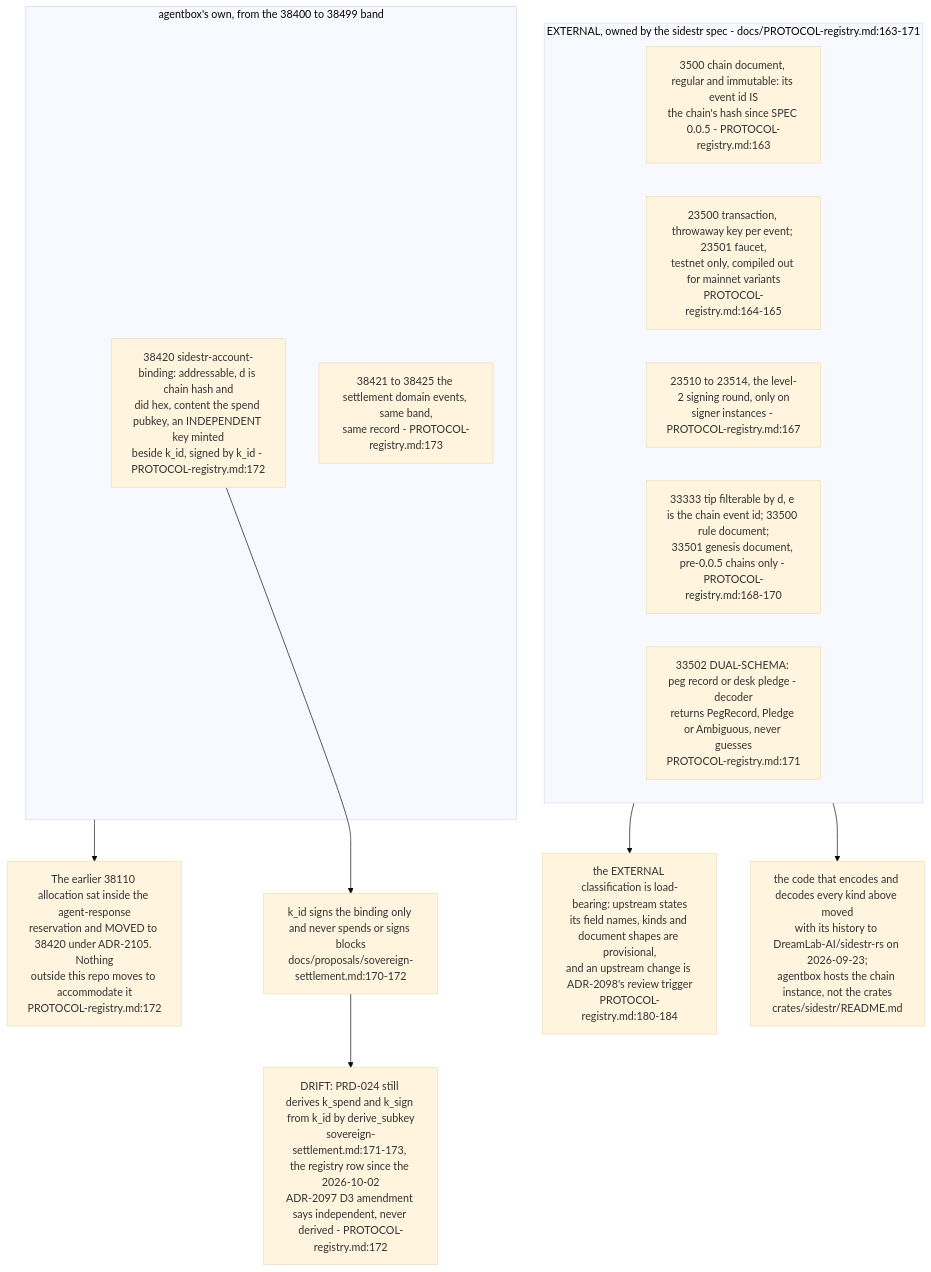
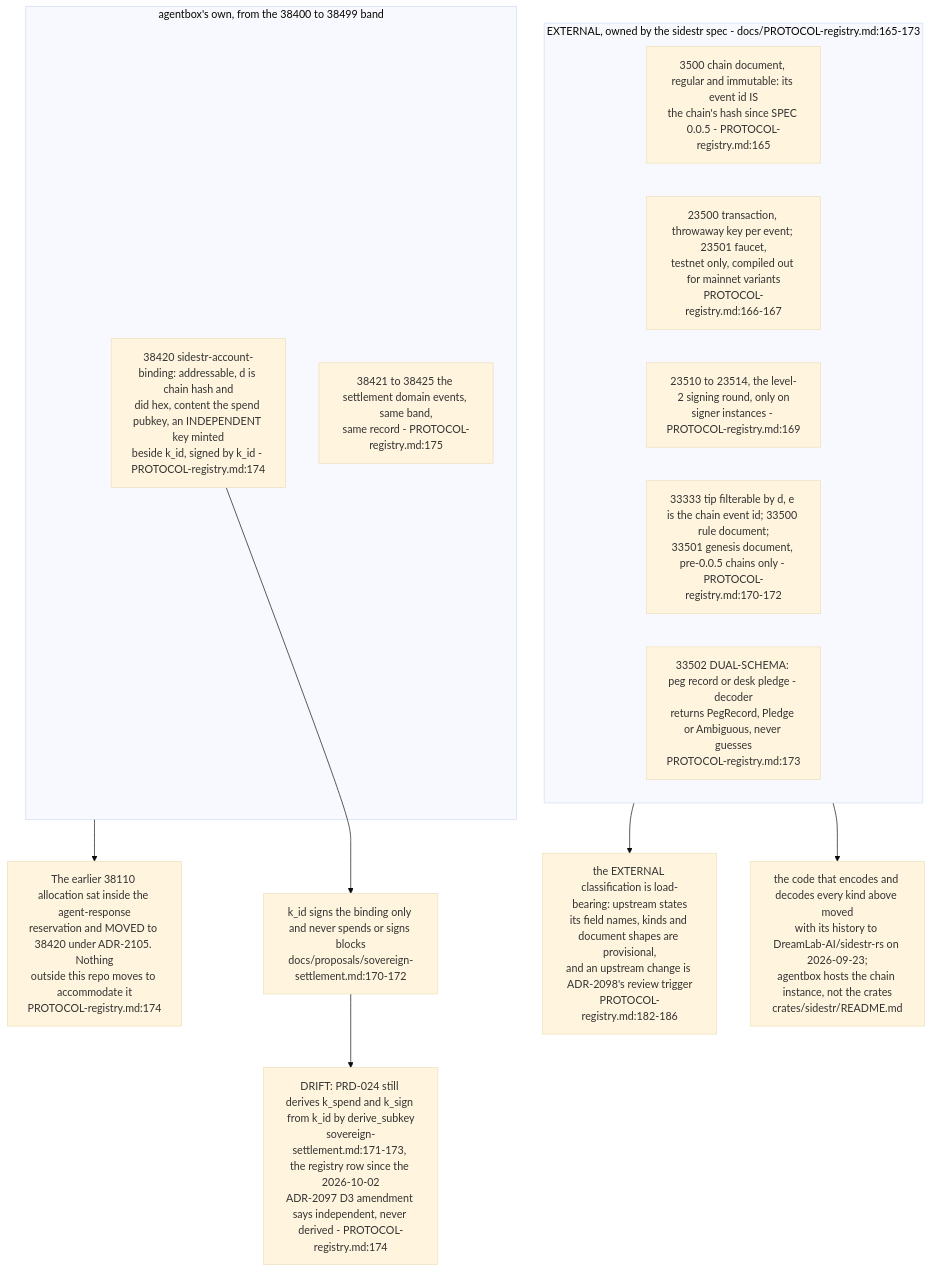
The fourth of 6 diagrams in docs/diagrams/agentbox/34-sidestr-interim-producer-and-mirror.md (DreamLab-AI/VisionFlow), drawn with Mermaid (base theme) before and after one commit. The commit also changed other lines of this file and 173 other files, not shown here.

````diff
--- a/docs/diagrams/agentbox/34-sidestr-interim-producer-and-mirror.md
+++ b/docs/diagrams/agentbox/34-sidestr-interim-producer-and-mirror.md
@@ -187,20 +188,20 @@
 ```mermaid
 flowchart TB
-    subgraph ext["EXTERNAL, owned by the sidestr spec - docs/PROTOCOL-registry.md:163-171"]
-        E0["3500 chain document, regular and immutable: its event id IS<br/>the chain's hash since SPEC 0.0.5 - PROTOCOL-registry.md:163"]
-        E1["23500 transaction, throwaway key per event; 23501 faucet,<br/>testnet only, compiled out for mainnet variants<br/>PROTOCOL-registry.md:164-165"]
-        E2["23510 to 23514, the level-2 signing round, only on<br/>signer instances - PROTOCOL-registry.md:167"]
-        E3["33333 tip filterable by d, e is the chain event id; 33500 rule document;<br/>33501 genesis document, pre-0.0.5 chains only - PROTOCOL-registry.md:168-170"]
-        E4["33502 DUAL-SCHEMA: peg record or desk pledge - decoder<br/>returns PegRecord, Pledge or Ambiguous, never guesses<br/>PROTOCOL-registry.md:171"]
+    subgraph ext["EXTERNAL, owned by the sidestr spec - docs/PROTOCOL-registry.md:165-173"]
+        E0["3500 chain document, regular and immutable: its event id IS<br/>the chain's hash since SPEC 0.0.5 - PROTOCOL-registry.md:165"]
+        E1["23500 transaction, throwaway key per event; 23501 faucet,<br/>testnet only, compiled out for mainnet variants<br/>PROTOCOL-registry.md:166-167"]
+        E2["23510 to 23514, the level-2 signing round, only on<br/>signer instances - PROTOCOL-registry.md:169"]
+        E3["33333 tip filterable by d, e is the chain event id; 33500 rule document;<br/>33501 genesis document, pre-0.0.5 chains only - PROTOCOL-registry.md:170-172"]
+        E4["33502 DUAL-SCHEMA: peg record or desk pledge - decoder<br/>returns PegRecord, Pledge or Ambiguous, never guesses<br/>PROTOCOL-registry.md:173"]
     end
     subgraph est["agentbox's own, from the 38400 to 38499 band"]
-        B1["38420 sidestr-account-binding: addressable, d is chain hash and<br/>did hex, content the spend pubkey, an INDEPENDENT key minted<br/>beside k_id, signed by k_id - PROTOCOL-registry.md:172"]
-        B2["38421 to 38425 the settlement domain events, same band,<br/>same record - PROTOCOL-registry.md:173"]
+        B1["38420 sidestr-account-binding: addressable, d is chain hash and<br/>did hex, content the spend pubkey, an INDEPENDENT key minted<br/>beside k_id, signed by k_id - PROTOCOL-registry.md:174"]
+        B2["38421 to 38425 the settlement domain events, same band,<br/>same record - PROTOCOL-registry.md:175"]
     end
-    MOVE["The earlier 38110 allocation sat inside the agent-response<br/>reservation and MOVED to 38420 under ADR-2105. Nothing<br/>outside this repo moves to accommodate it<br/>PROTOCOL-registry.md:172"]
+    MOVE["The earlier 38110 allocation sat inside the agent-response<br/>reservation and MOVED to 38420 under ADR-2105. Nothing<br/>outside this repo moves to accommodate it<br/>PROTOCOL-registry.md:174"]
     est --> MOVE
     B1 --> SEP["k_id signs the binding only and never spends or signs blocks<br/>docs/proposals/sovereign-settlement.md:170-172"]
-    SEP --> DR["DRIFT: PRD-024 still derives k_spend and k_sign from k_id by derive_subkey<br/>sovereign-settlement.md:171-173, the registry row since the 2026-10-02<br/>ADR-2097 D3 amendment says independent, never derived - PROTOCOL-registry.md:172"]
-    ext --> PROV["the EXTERNAL classification is load-bearing: upstream states<br/>its field names, kinds and document shapes are provisional,<br/>and an upstream change is ADR-2098's review trigger<br/>PROTOCOL-registry.md:180-184"]
+    SEP --> DR["DRIFT: PRD-024 still derives k_spend and k_sign from k_id by derive_subkey<br/>sovereign-settlement.md:171-173, the registry row since the 2026-10-02<br/>ADR-2097 D3 amendment says independent, never derived - PROTOCOL-registry.md:174"]
+    ext --> PROV["the EXTERNAL classification is load-bearing: upstream states<br/>its field names, kinds and document shapes are provisional,<br/>and an upstream change is ADR-2098's review trigger<br/>PROTOCOL-registry.md:182-186"]
     ext --> RS["the code that encodes and decodes every kind above moved<br/>with its history to DreamLab-AI/sidestr-rs on 2026-09-23;<br/>agentbox hosts the chain instance, not the crates<br/>crates/sidestr/README.md"]
 ```
````
